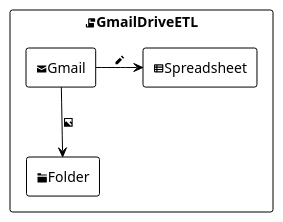
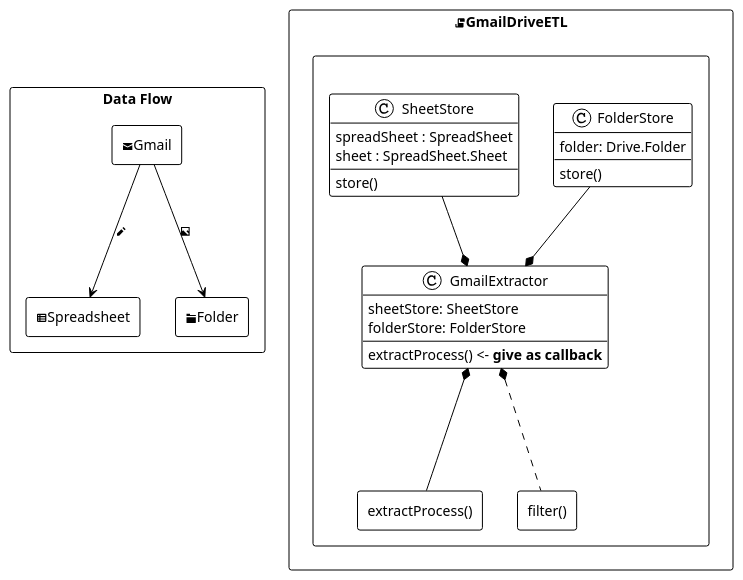
One commit to wtnabe/gas-gmail-drive-etl changed the diagram in overall.puml. Above: the diagram before and after it, drawn with PlantUML. The commit also changed 1 other file, not shown here.

Commit message:
docs: add code struture diagram

```diff
--- a/overall.puml
+++ b/overall.puml
@@ -1,15 +1,44 @@
 @startuml overall
 !theme plain
 
-rectangle <&script>GmailDriveETL as script {
+allowmixing
+
+rectangle "Data Flow" as flow {
   rectangle <&envelope-closed>Gmail as gmail {
   }
   rectangle <&spreadsheet>Spreadsheet as spreadsheet {
   }
   rectangle <&folder>Folder as folder {
   }
+  gmail --> spreadsheet : <&pencil>
+  gmail --> folder : <&image>
 }
 
-gmail -> spreadsheet : <&pencil>
-gmail --> folder : <&image>
+rectangle <&script>GmailDriveETL as script {
+  rectangle " " as klass {
+    class GmailExtractor {
+      sheetStore: SheetStore
+      folderStore: FolderStore
+      extractProcess() <- **give as callback**
+    }
+    class SheetStore {
+      spreadSheet : SpreadSheet
+      sheet : SpreadSheet.Sheet
+      store()
+    }
+    class FolderStore {
+      folder: Drive.Folder
+      store()
+    }
+    rectangle "extractProcess()" as extractProcess {
+    }
+    rectangle "filter()" as filter {
+    }
+
+    GmailExtractor *-u- SheetStore
+    GmailExtractor *-u- FolderStore
+    GmailExtractor *--- extractProcess
+    GmailExtractor *... filter
+  }
+}
 @enduml
```
